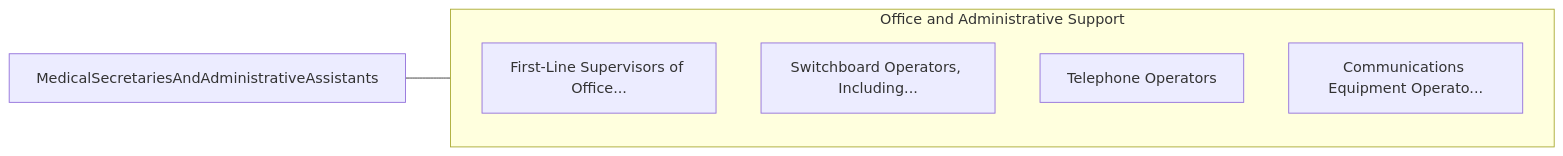
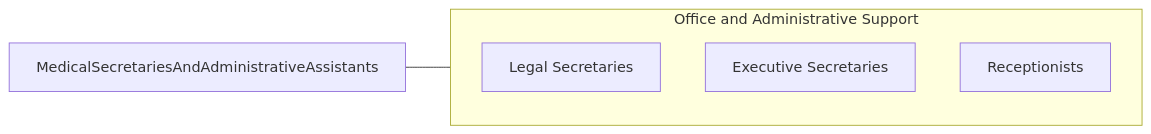
The third of 3 diagrams in occupations/Administrative/MedicalSecretariesAndAdministrativeAssistants.mdx (kziemski/business.org.ai), drawn with Mermaid before and after one commit. The commit also changed other lines of this file and 938 other files, not shown here.

````diff
--- a/occupations/Administrative/MedicalSecretariesAndAdministrativeAssistants.mdx
+++ b/occupations/Administrative/MedicalSecretariesAndAdministrativeAssistants.mdx
@@ -112,13 +105,10 @@
 ```mermaid
 graph LR
     Current["MedicalSecretariesAndAdministrativeAssistants"]
-
     subgraph SameCategory["Office and Administrative Support"]
-        FirstLineSupervisors["First-Line Supervisors of Office..."]
-        SwitchboardOperators["Switchboard Operators, Including..."]
-        TelephoneOperators["Telephone Operators"]
-        CommunicationsEquipm["Communications Equipment Operato..."]
+        RLegalSecretaries["Legal Secretaries"]
+        RExecutiveSecretaries["Executive Secretaries"]
+        RReceptionists["Receptionists"]
     end
-
     Current --- SameCategory
 ```
````
